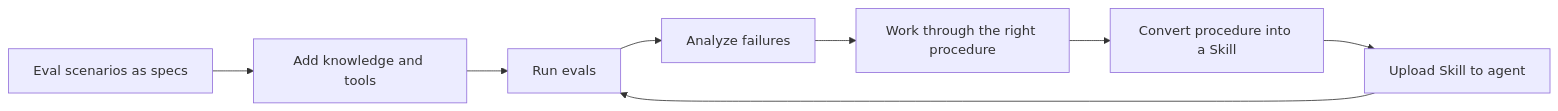
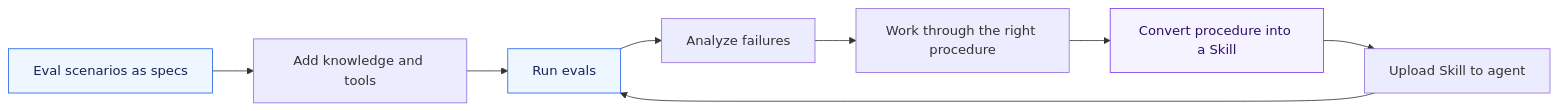
One commit to microsoft/mcscatblog changed the fourth of 4 diagrams in _posts/2026-06-08-copilot-studio-skills-procedural-memory.md. Above: the diagram before and after it, drawn with Mermaid. The commit also changed other lines of this file, not shown here.

````diff
--- a/_posts/2026-06-08-copilot-studio-skills-procedural-memory.md
+++ b/_posts/2026-06-08-copilot-studio-skills-procedural-memory.md
@@ -476,10 +504,15 @@
 ```mermaid
 flowchart LR
     Specs[Eval scenarios as specs] --> Capabilities[Add knowledge and tools]
     Capabilities --> Run[Run evals]
     Run --> Analyze[Analyze failures]
     Analyze --> Converse[Work through the right procedure]
     Converse --> Skill[Convert procedure into a Skill]
     Skill --> Upload[Upload Skill to agent]
     Upload --> Run
+
+    classDef eval fill:#eef6ff,stroke:#2563eb,color:#172554
+    classDef skill fill:#f5f3ff,stroke:#7c3aed,color:#2e1065
+    class Specs,Run eval
+    class Skill skill
 ```
````
